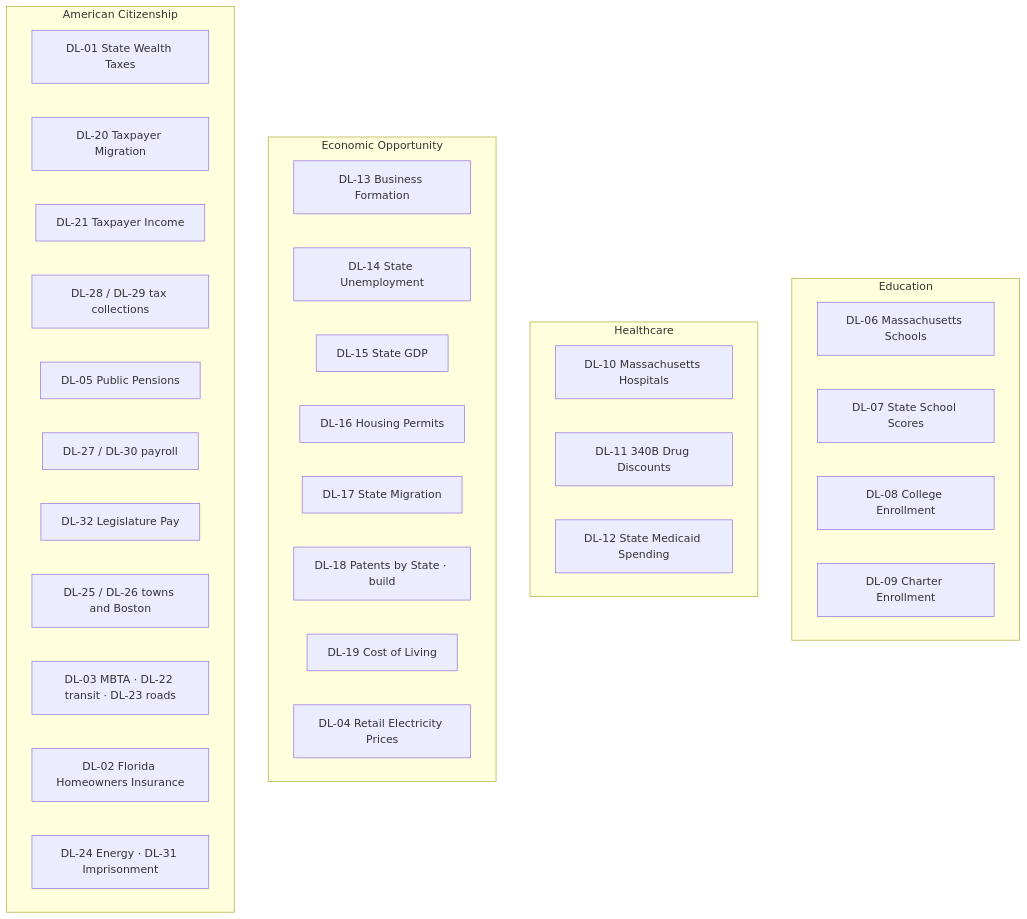
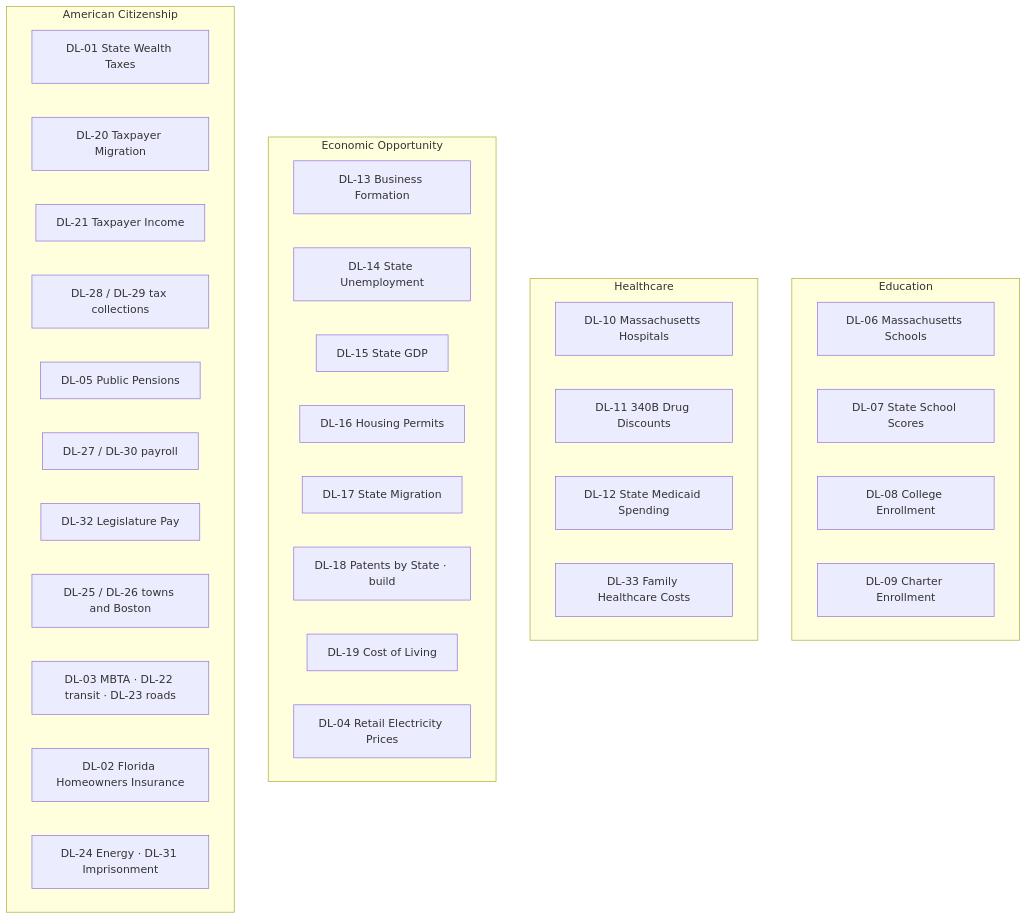
Before and after one commit to jcalabr3ez/datalabs-prototype: the eighth of 8 diagrams in ARCHITECTURE.md, drawn with Mermaid. The commit also changed other lines of this file and 30 other files, not shown here.

First line of the commit message:
Add Family Healthcare Costs from the 2025 CHIA survey.

````diff
--- a/ARCHITECTURE.md
+++ b/ARCHITECTURE.md
@@ -261,37 +261,38 @@
 ```mermaid
 flowchart TB
   subgraph education [Education]
     E1[DL-06 Massachusetts Schools]
     E2[DL-07 State School Scores]
     E3[DL-08 College Enrollment]
     E4[DL-09 Charter Enrollment]
   end
   subgraph health [Healthcare]
     H1[DL-10 Massachusetts Hospitals]
     H2[DL-11 340B Drug Discounts]
     H3[DL-12 State Medicaid Spending]
+    H4[DL-33 Family Healthcare Costs]
   end
   subgraph opportunity [Economic Opportunity]
     O1[DL-13 Business Formation]
     O2[DL-14 State Unemployment]
     O3[DL-15 State GDP]
     O4[DL-16 Housing Permits]
     O5[DL-17 State Migration]
     O6[DL-18 Patents by State · build]
     O7[DL-19 Cost of Living]
     O8[DL-04 Retail Electricity Prices]
   end
   subgraph citizenship [American Citizenship]
     C1[DL-01 State Wealth Taxes]
     C2[DL-20 Taxpayer Migration]
     C3[DL-21 Taxpayer Income]
     C4[DL-28 / DL-29 tax collections]
     C5[DL-05 Public Pensions]
     C6[DL-27 / DL-30 payroll]
     C7[DL-32 Legislature Pay]
     C8[DL-25 / DL-26 towns and Boston]
     C9[DL-03 MBTA · DL-22 transit · DL-23 roads]
     C10[DL-02 Florida Homeowners Insurance]
     C11[DL-24 Energy · DL-31 Imprisonment]
   end
 ```
````
